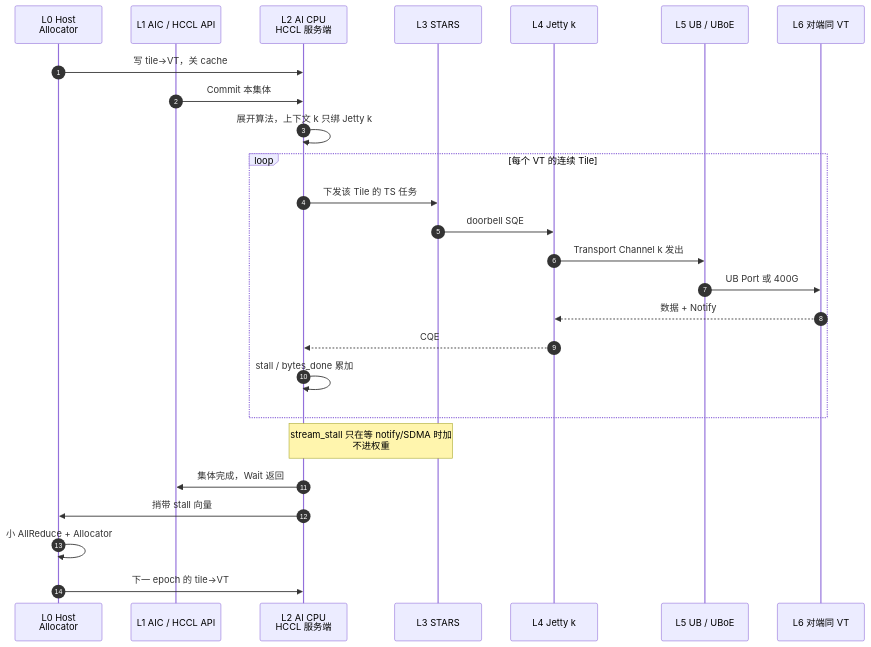
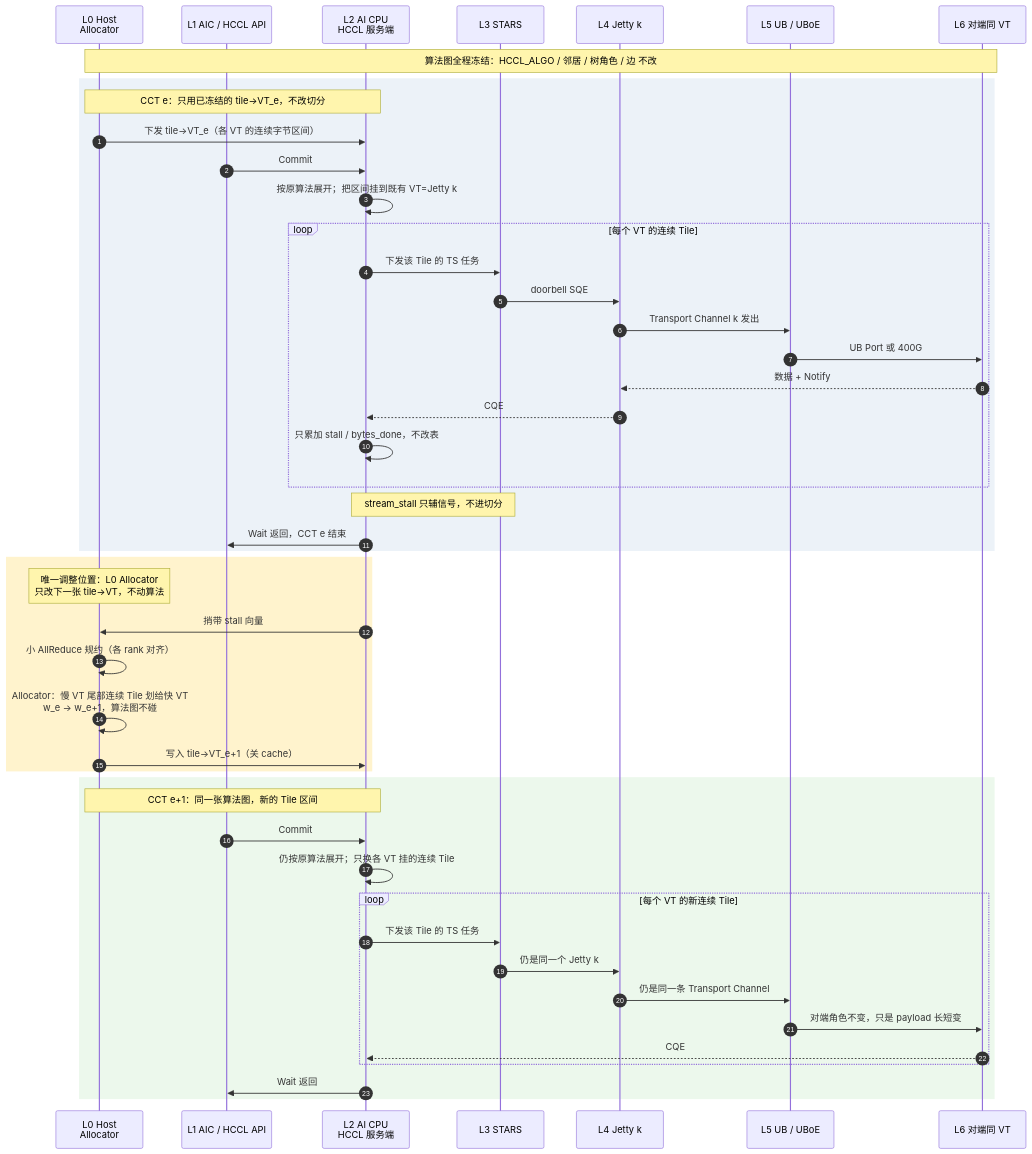
One commit to 69515164-rgb/DeepEP changed the third of 3 diagrams in docs/ascend950_preccl_design.md. Above: the diagram before and after it, drawn with Mermaid. The commit also changed other lines of this file, not shown here.

Commit message:
docs: mark tile-split-only adjust point on AI_CPU sequence diagram
Show the sole change at Host Allocator between CCTs: rewrite tile→VT
ranges, keep the algorithm graph frozen through both collectives.

````diff
--- a/docs/ascend950_preccl_design.md
+++ b/docs/ascend950_preccl_design.md
@@ -529,31 +537,53 @@
 ```mermaid
 sequenceDiagram
   autonumber
   participant Host as L0 Host<br/>Allocator
   participant AIC as L1 AIC / HCCL API
   participant CPU as L2 AI CPU<br/>HCCL 服务端
   participant STARS as L3 STARS
   participant URMA as L4 Jetty k
   participant Net as L5 UB / UBoE
   participant Peer as L6 对端同 VT
 
-  Host->>CPU: 写 tile→VT，关 cache
-  AIC->>CPU: Commit 本集体
-  CPU->>CPU: 展开算法，上下文 k 只绑 Jetty k
+  Note over Host,Peer: 算法图全程冻结：HCCL_ALGO / 邻居 / 树角色 / 边 不改
 
-  loop 每个 VT 的连续 Tile
-    CPU->>STARS: 下发该 Tile 的 TS 任务
-    STARS->>URMA: doorbell SQE
-    URMA->>Net: Transport Channel k 发出
-    Net->>Peer: UB Port 或 400G
-    Peer-->>URMA: 数据 + Notify
-    URMA-->>CPU: CQE
-    CPU->>CPU: stall / bytes_done 累加
+  rect rgb(236, 242, 248)
+    Note over Host,CPU: CCT e：只用已冻结的 tile→VT_e，不改切分
+    Host->>CPU: 下发 tile→VT_e（各 VT 的连续字节区间）
+    AIC->>CPU: Commit
+    CPU->>CPU: 按原算法展开；把区间挂到既有 VT=Jetty k
+    loop 每个 VT 的连续 Tile
+      CPU->>STARS: 下发该 Tile 的 TS 任务
+      STARS->>URMA: doorbell SQE
+      URMA->>Net: Transport Channel k 发出
+      Net->>Peer: UB Port 或 400G
+      Peer-->>URMA: 数据 + Notify
+      URMA-->>CPU: CQE
+      CPU->>CPU: 只累加 stall / bytes_done，不改表
+    end
+    Note over CPU,STARS: stream_stall 只辅信号，不进切分
+    CPU->>AIC: Wait 返回，CCT e 结束
   end
 
-  Note over CPU,STARS: stream_stall 只在等 notify/SDMA 时加<br/>不进权重
-  CPU->>AIC: 集体完成，Wait 返回
-  CPU->>Host: 捎带 stall 向量
-  Host->>Host: 小 AllReduce + Allocator
-  Host->>CPU: 下一 epoch 的 tile→VT
+  rect rgb(255, 243, 205)
+    Note over Host: 唯一调整位置：L0 Allocator<br/>只改下一张 tile→VT，不动算法
+    CPU->>Host: 捎带 stall 向量
+    Host->>Host: 小 AllReduce 规约（各 rank 对齐）
+    Host->>Host: Allocator：慢 VT 尾部连续 Tile 划给快 VT<br/>w_e → w_e+1，算法图不碰
+    Host->>CPU: 写入 tile→VT_e+1（关 cache）
+  end
+
+  rect rgb(236, 248, 236)
+    Note over Host,CPU: CCT e+1：同一张算法图，新的 Tile 区间
+    AIC->>CPU: Commit
+    CPU->>CPU: 仍按原算法展开；只换各 VT 挂的连续 Tile
+    loop 每个 VT 的新连续 Tile
+      CPU->>STARS: 下发该 Tile 的 TS 任务
+      STARS->>URMA: 仍是同一个 Jetty k
+      URMA->>Net: 仍是同一条 Transport Channel
+      Net->>Peer: 对端角色不变，只是 payload 长短变
+      Peer-->>CPU: CQE
+    end
+    CPU->>AIC: Wait 返回
+  end
 ```
````
